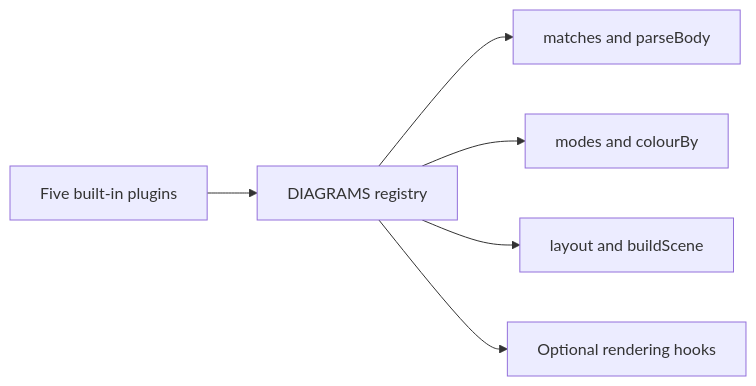
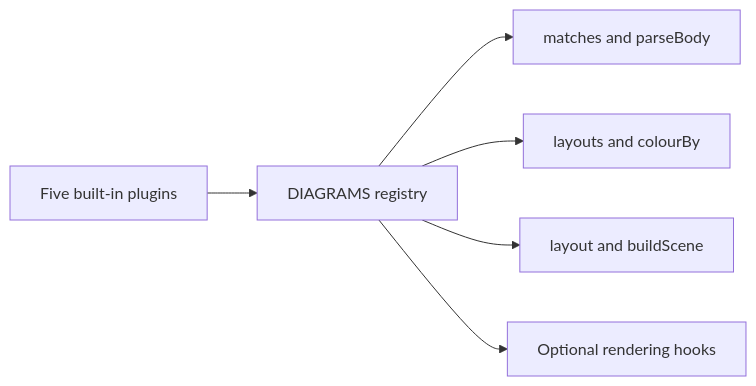
One commit to nvsravank/avagahana changed the seventh of 17 diagrams in examples/maps/avagahana-architecture.md. Above: the diagram before and after it, drawn with Mermaid. The commit also changed other lines of this file and 85 other files, not shown here.

Commit message:
WO-47: layouts, mode renamed layout, ## Layout: and stop Layout:, ER Hubs Flow Balanced, report scores every layout, layout eval, version 0.3.0

````diff
--- a/examples/maps/avagahana-architecture.md
+++ b/examples/maps/avagahana-architecture.md
@@ -442,14 +442,14 @@
 ```mermaid
 flowchart LR
   registry["DIAGRAMS registry"]
   parseHook["matches and parseBody"]
-  modesHook["modes and colourBy"]
+  modesHook["layouts and colourBy"]
   layoutHook["layout and buildScene"]
   custom["Optional rendering hooks"]
   types["Five built-in plugins"]
   registry --> parseHook
   registry --> modesHook
   registry --> layoutHook
   registry --> custom
   types --> registry
 ```
````
